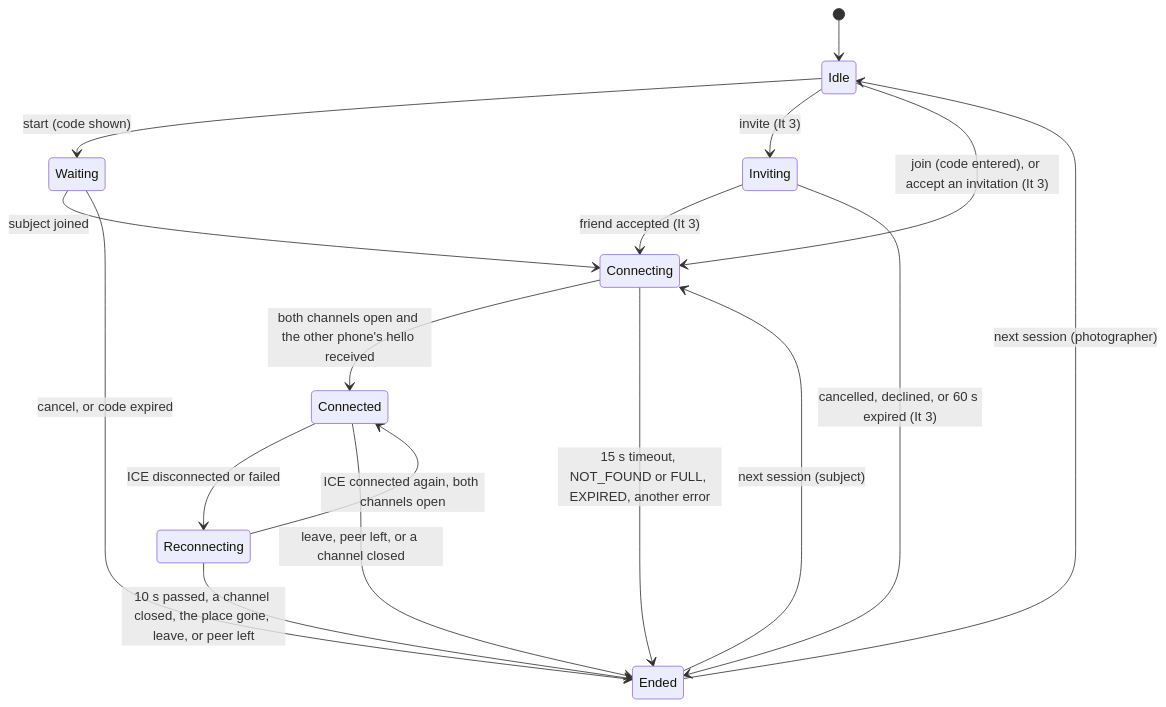
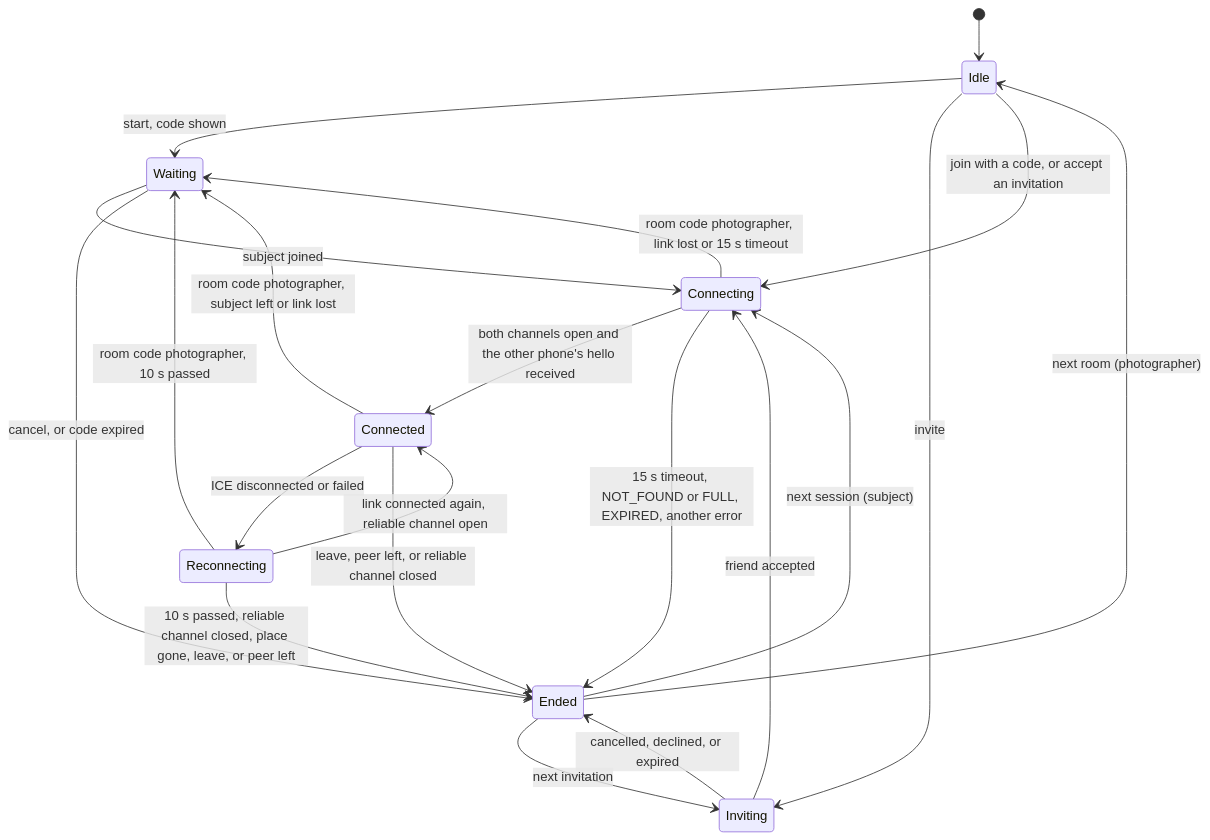
One commit to snuhcs-course/swpp-2026-project-team-10 changed diagram 11 of 13 in wiki/Design-Documentation.md. Above: the diagram before and after it, drawn with Mermaid. The commit also changed other lines of this file and 4 other files, not shown here.

````diff
--- a/wiki/Design-Documentation.md
+++ b/wiki/Design-Documentation.md
@@ -1221,19 +1434,23 @@
 ```mermaid
 stateDiagram-v2
   [*] --> Idle
-  Idle --> Waiting: start (code shown)
-  Idle --> Inviting: invite (It 3)
-  Idle --> Connecting: join (code entered), or accept an invitation (It 3)
+  Idle --> Waiting: start, code shown
+  Idle --> Inviting: invite
+  Idle --> Connecting: join with a code, or accept an invitation
   Waiting --> Connecting: subject joined
   Waiting --> Ended: cancel, or code expired
-  Inviting --> Connecting: friend accepted (It 3)
-  Inviting --> Ended: cancelled, declined, or 60 s expired (It 3)
+  Inviting --> Connecting: friend accepted
+  Inviting --> Ended: cancelled, declined, or expired
   Connecting --> Connected: both channels open and the other phone's hello received
+  Connecting --> Waiting: room code photographer, link lost or 15 s timeout
   Connecting --> Ended: 15 s timeout, NOT_FOUND or FULL, EXPIRED, another error
   Connected --> Reconnecting: ICE disconnected or failed
-  Reconnecting --> Connected: ICE connected again, both channels open
-  Reconnecting --> Ended: 10 s passed, a channel closed, the place gone, leave, or peer left
-  Connected --> Ended: leave, peer left, or a channel closed
-  Ended --> Idle: next session (photographer)
+  Connected --> Waiting: room code photographer, subject left or link lost
+  Reconnecting --> Connected: link connected again, reliable channel open
+  Reconnecting --> Waiting: room code photographer, 10 s passed
+  Reconnecting --> Ended: 10 s passed, reliable channel closed, place gone, leave, or peer left
+  Connected --> Ended: leave, peer left, or reliable channel closed
+  Ended --> Idle: next room (photographer)
+  Ended --> Inviting: next invitation
   Ended --> Connecting: next session (subject)
 ```
````
